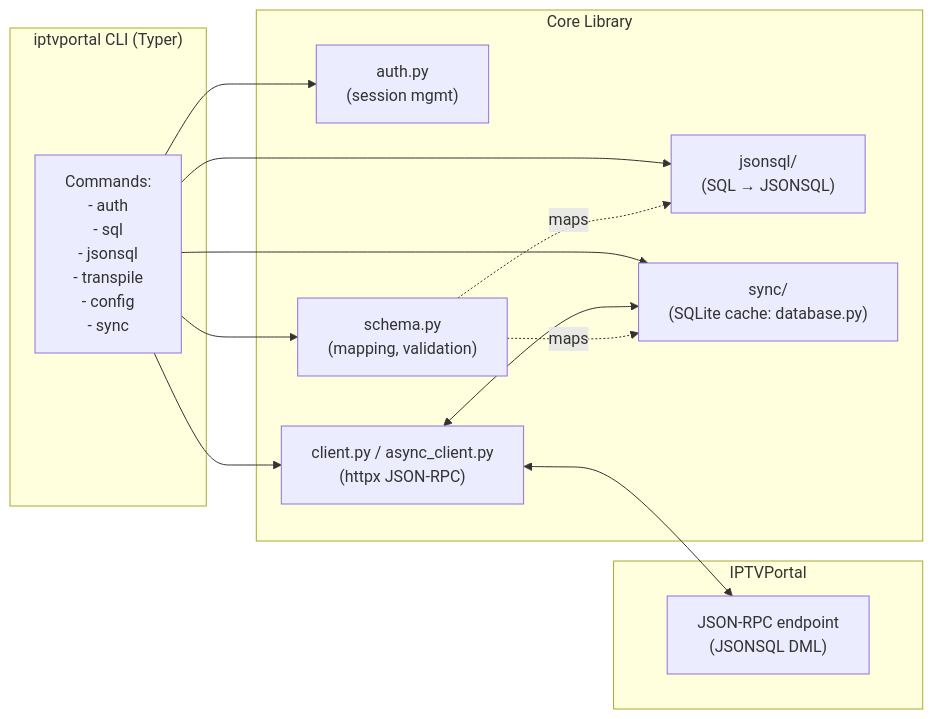
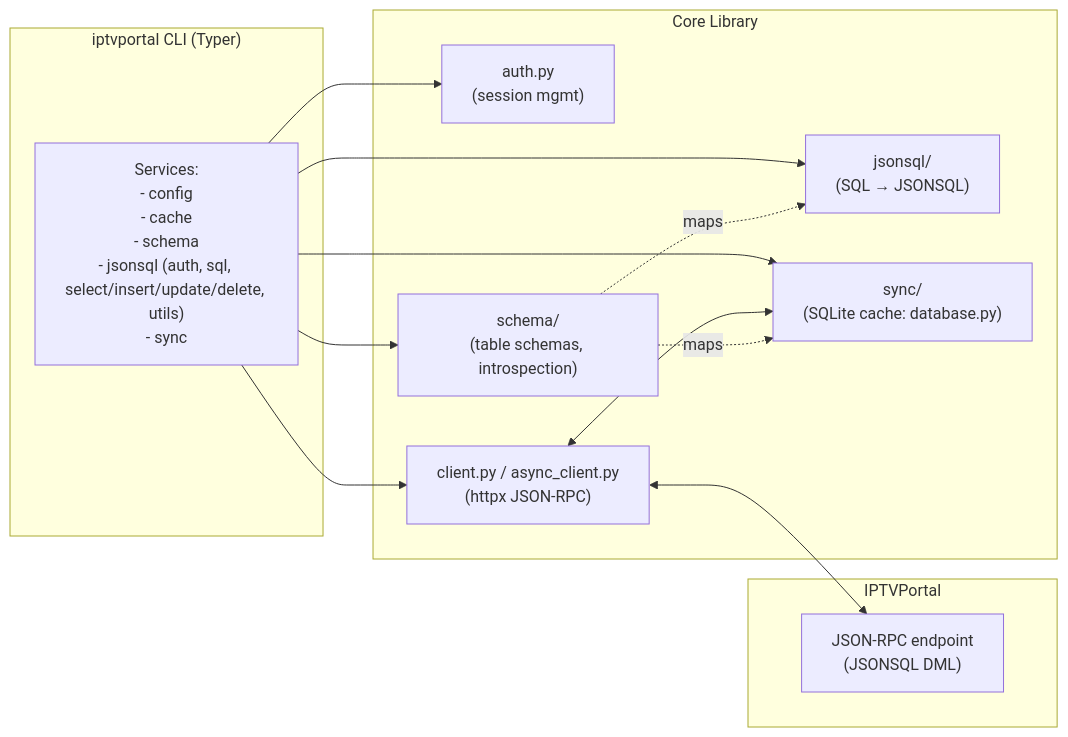
Before and after one commit to pv-udpv/iptvportal-client: the first of 5 diagrams in README.md, drawn with Mermaid. The commit also changed other lines of this file, not shown here.

Commit message:
Update architecture diagrams to reflect current CLI structure

````diff
--- a/README.md
+++ b/README.md
@@ -713,29 +713,29 @@
 ```mermaid
 flowchart LR
   subgraph CLI["iptvportal CLI (Typer)"]
-    CMD["Commands:\n- auth\n- sql\n- jsonsql\n- transpile\n- config\n- sync"]
+    CMD["Services:\n- config\n- cache\n- schema\n- jsonsql (auth, sql, select/insert/update/delete, utils)\n- sync"]
   end
 
   subgraph Core["Core Library"]
     AUTH["auth.py\n(session mgmt)"]
     CLIENT["client.py / async_client.py\n(httpx JSON-RPC)"]
     TRANS["jsonsql/\n(SQL → JSONSQL)"]
-    SCHEMA["schema.py\n(mapping, validation)"]
+    SCHEMA["schema/\n(table schemas, introspection)"]
     SYNC["sync/\n(SQLite cache: database.py)"]
   end
 
   subgraph Server["IPTVPortal"]
     RPC["JSON-RPC endpoint\n(JSONSQL DML)"]
   end
 
   CMD --> AUTH
   CMD --> TRANS
   CMD --> CLIENT
   CMD --> SCHEMA
   CMD --> SYNC
   CLIENT <--> RPC
   CLIENT <--> SYNC
 
   SCHEMA -. maps .-> TRANS
   SCHEMA -. maps .-> SYNC
 ```
````
